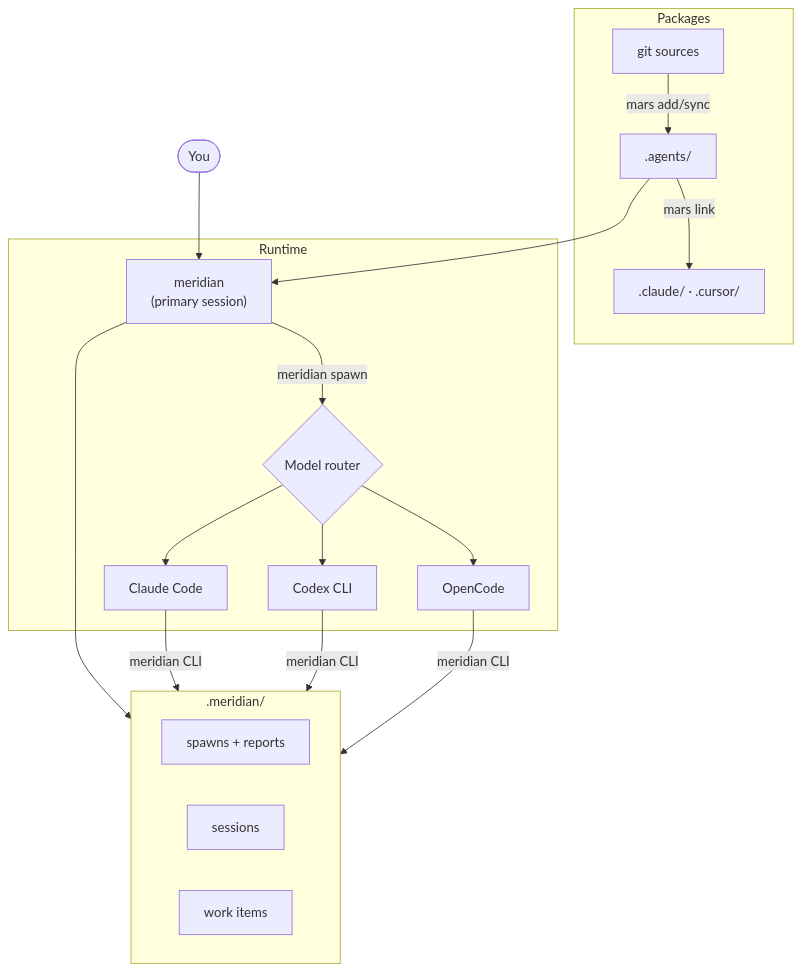
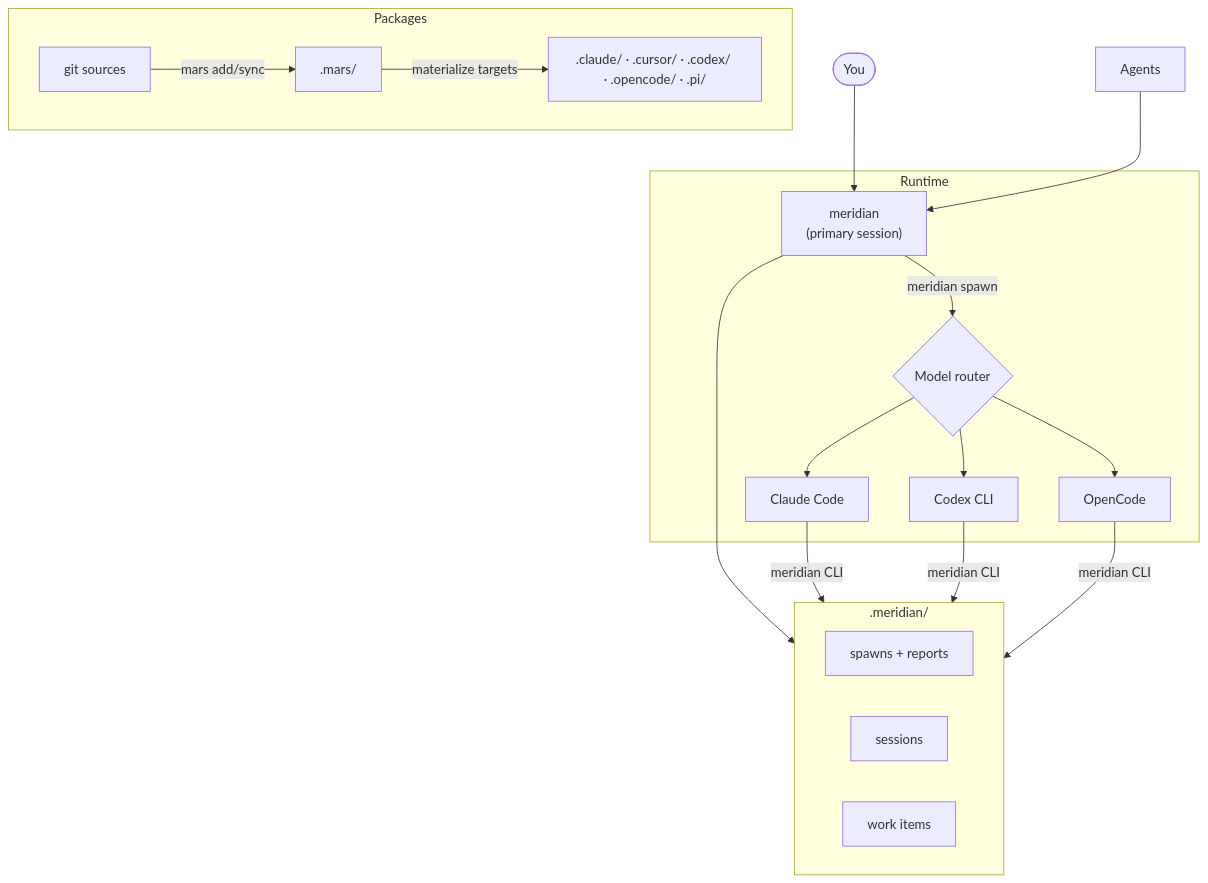
Before and after one commit to haowjy/meridian-cli: the diagram in README.md, drawn with Mermaid. The commit also changed 4 other files, not shown here.

````diff
--- a/README.md
+++ b/README.md
@@ -99,26 +99,26 @@
 ```mermaid
 graph TB
     User([You]) --> Primary["meridian<br/>(primary session)"]
 
     subgraph Packages
-        Sources["git sources"] -->|"mars add/sync"| Agents[".agents/"]
-        Agents -->|"mars link"| Tool[".claude/ · .cursor/"]
+        Sources["git sources"] -->|"mars add/sync"| Store[".mars/"]
+        Store -->|"materialize targets"| Tool[".claude/ · .cursor/ · .codex/ · .opencode/ · .pi/"]
     end
 
     subgraph Runtime
         Primary -->|"meridian spawn"| Router{"Model router"}
         Router --> Claude["Claude Code"]
         Router --> Codex["Codex CLI"]
         Router --> OpenCode["OpenCode"]
     end
 
     subgraph State[".meridian/"]
         Spawns["spawns + reports"]
         Sessions["sessions"]
         Work["work items"]
     end
 
     Agents --> Primary
     Primary --> State
     Claude & Codex & OpenCode -->|"meridian CLI"| State
 ```
````
